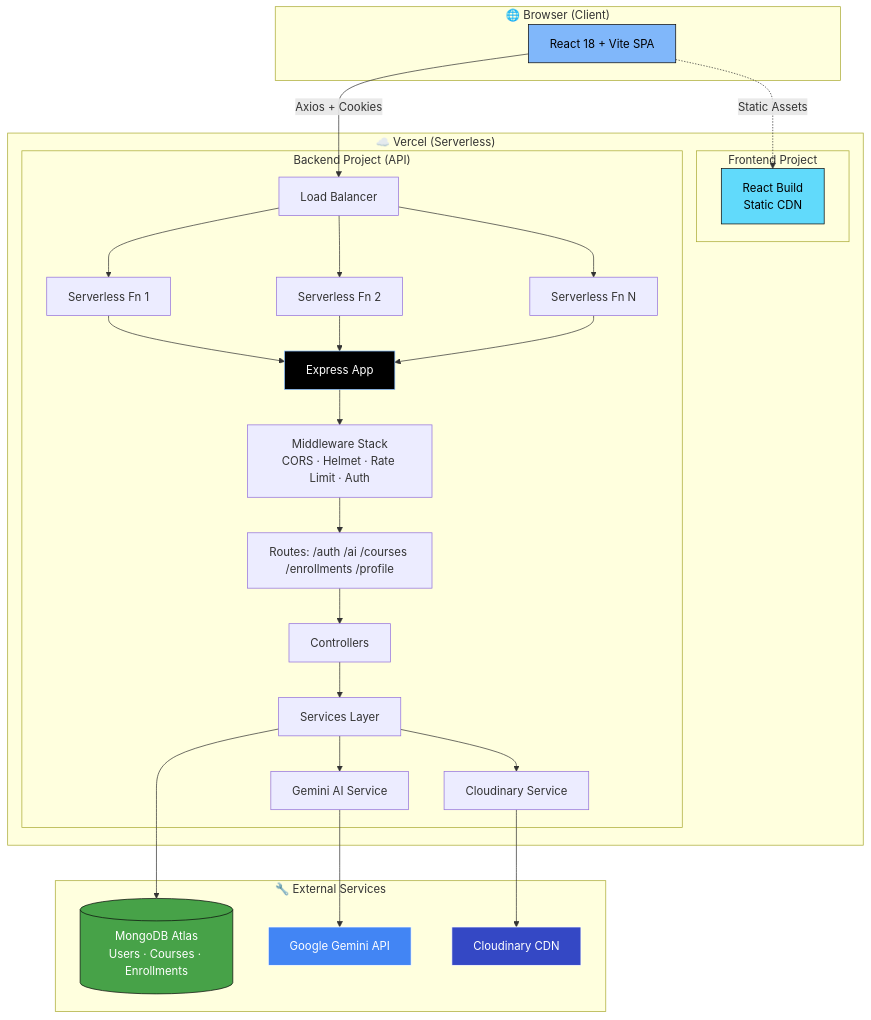
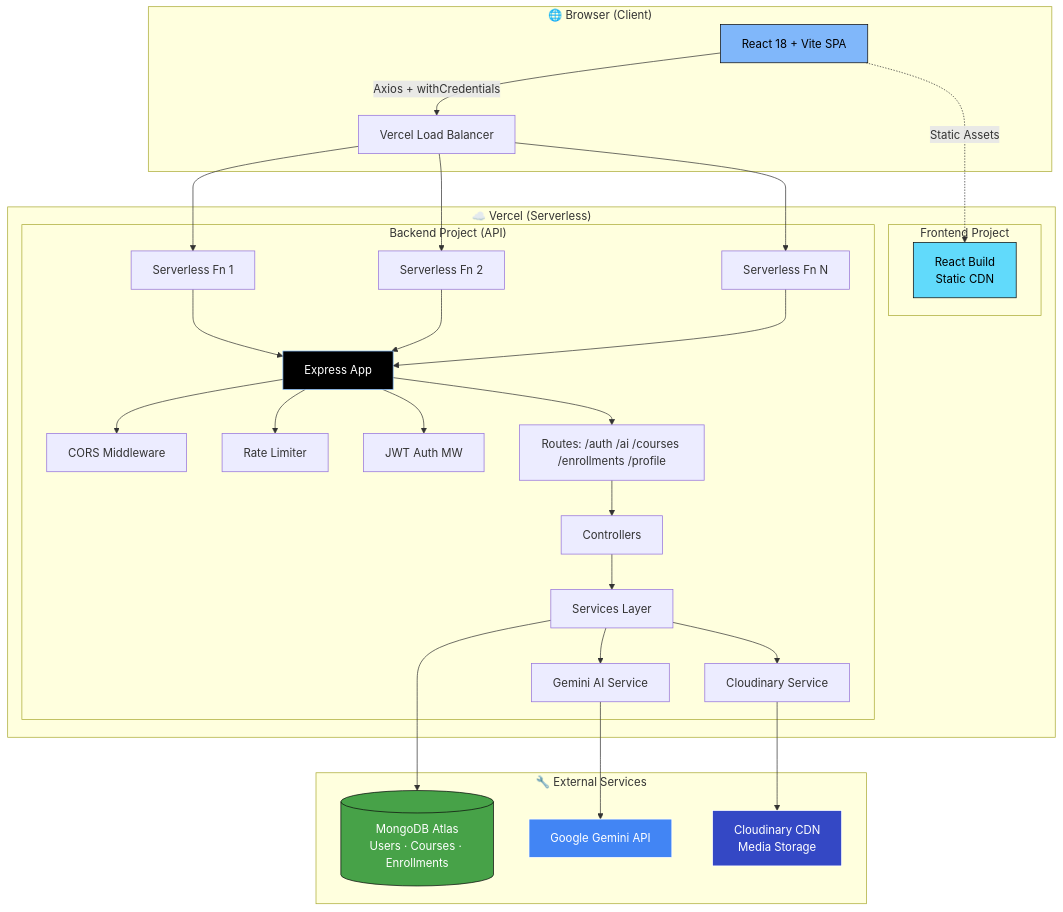
One commit to syeda-nimra0/learnly-platform changed the diagram in README.md. Above: the diagram before and after it, drawn with Mermaid. The commit also changed other lines of this file, not shown here.

````diff
--- a/README.md
+++ b/README.md
@@ -172,44 +171,46 @@
 ```mermaid
 graph TB
     subgraph Browser["🌐 Browser (Client)"]
         UI[React 18 + Vite SPA]
+        UI -->|Axios + withCredentials| LB
     end
 
     subgraph Vercel["☁️ Vercel (Serverless)"]
         subgraph Frontend["Frontend Project"]
             FE[React Build<br/>Static CDN]
         end
         subgraph Backend["Backend Project (API)"]
-            LB[Load Balancer]
+            LB[Vercel Load Balancer]
             LB --> SF1[Serverless Fn 1]
             LB --> SF2[Serverless Fn 2]
-            LB --> SFN[Serverless Fn N]
-            SF1 & SF2 & SFN --> EX[Express App]
-            EX --> MW[Middleware Stack<br/>CORS · Helmet · Rate Limit · Auth]
-            MW --> R[Routes: /auth /ai /courses /enrollments /profile]
+            LB --> SF3[Serverless Fn N]
+            SF1 & SF2 & SF3 --> EX[Express App]
+            EX --> CORS[CORS Middleware]
+            EX --> RL[Rate Limiter]
+            EX --> AUTH[JWT Auth MW]
+            EX --> R[Routes: /auth /ai /courses /enrollments /profile]
             R --> CTRL[Controllers]
             CTRL --> SVC[Services Layer]
             SVC --> GEM[Gemini AI Service]
             SVC --> CLOU[Cloudinary Service]
         end
     end
 
     subgraph External["🔧 External Services"]
         MDB[(MongoDB Atlas<br/>Users · Courses · Enrollments)]
         GEMINI[Google Gemini API]
-        CDN[Cloudinary CDN]
+        CDN[Cloudinary CDN<br/>Media Storage]
     end
 
     UI -.->|Static Assets| FE
-    UI -->|Axios + Cookies| LB
     SVC --> MDB
     GEM --> GEMINI
     CLOU --> CDN
 
     style UI fill:#80B7FA,stroke:#0A0A0A,color:#000
     style FE fill:#61DAFB,stroke:#0A0A0A,color:#000
     style EX fill:#000000,stroke:#80B7FA,color:#fff
     style MDB fill:#47A248,stroke:#0A0A0A,color:#fff
     style GEMINI fill:#4285F4,stroke:#fff,color:#fff
     style CDN fill:#3448C5,stroke:#fff,color:#fff
 ```
````
